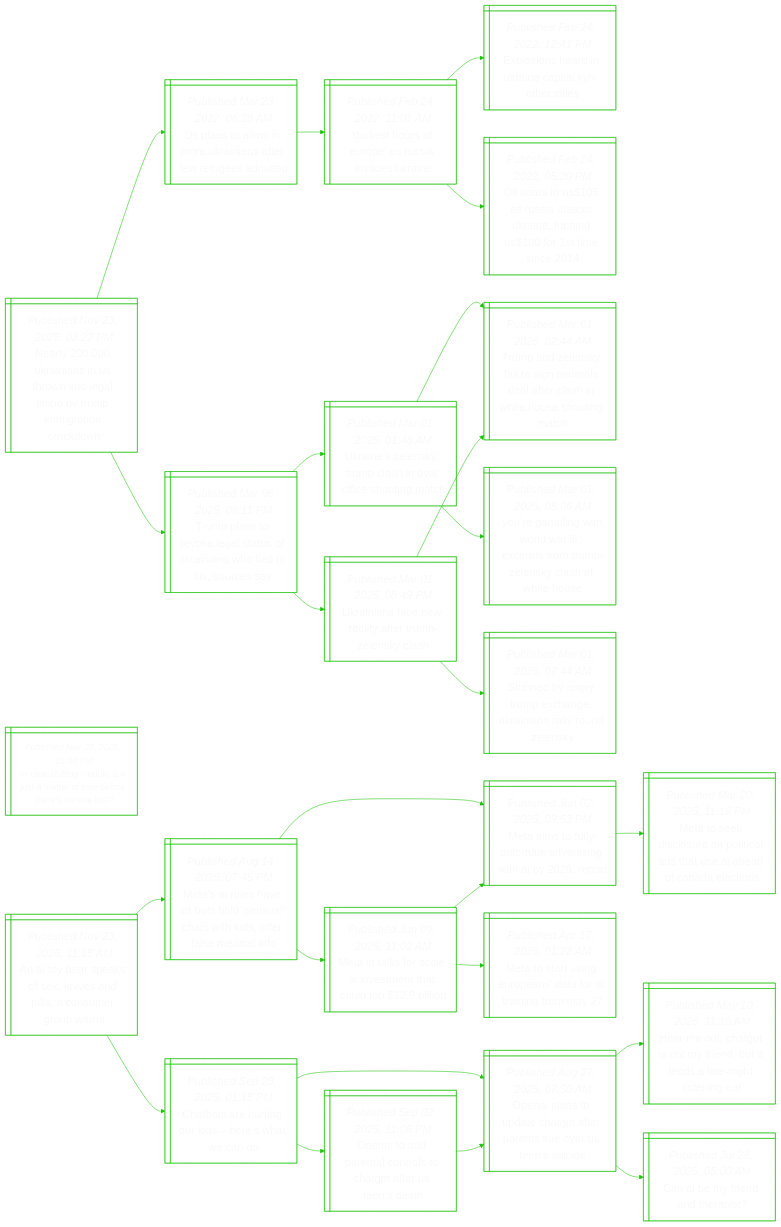
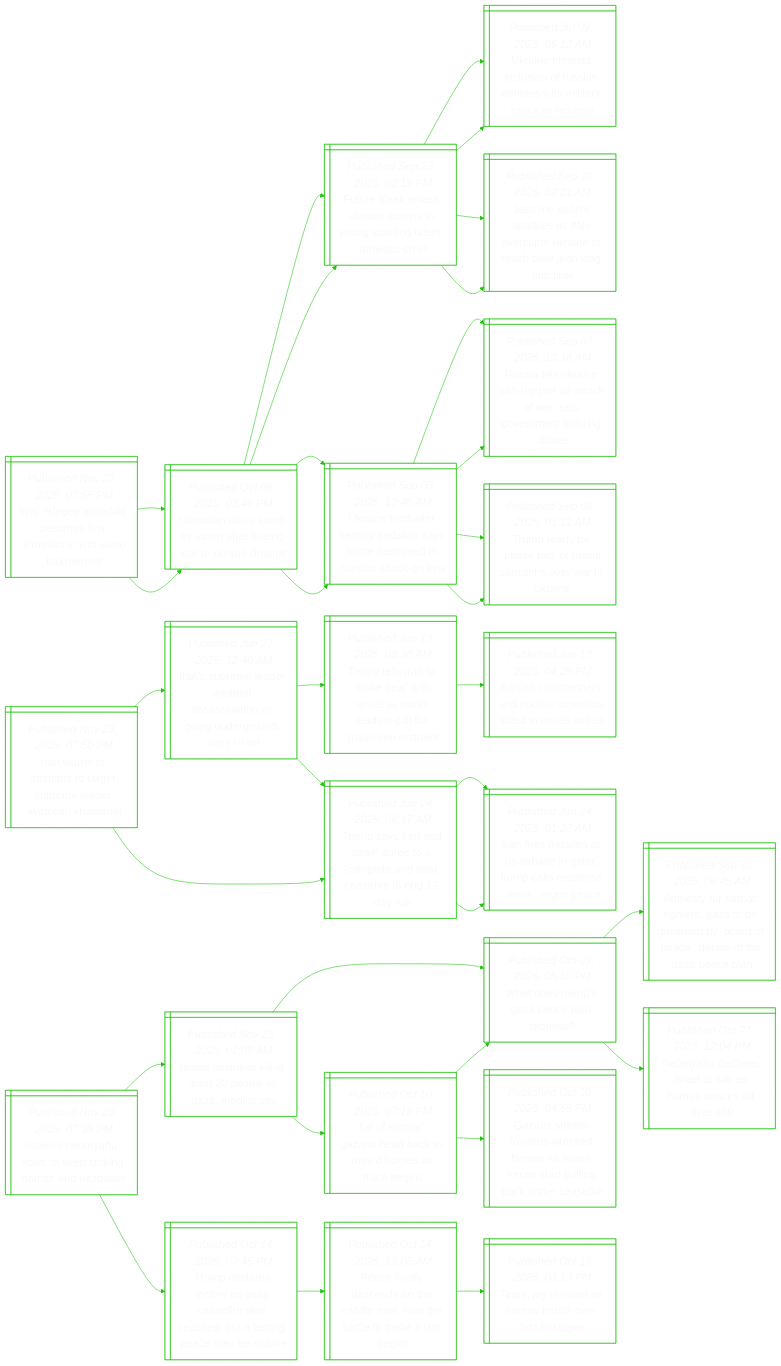
One commit to notJmes/notJmes changed the diagram in README.md. Above: the diagram before and after it, drawn with Mermaid. The commit also changed other lines of this file, not shown here.

````diff
--- a/README.md
+++ b/README.md
@@ -16,85 +16,109 @@
 flowchart LR
 classDef txtsize font-size:20px;
 
-Nyistnllbmiiaw@{ shape: win-pane, label: "_Published Nov 23, 2025, 02:22 PM_
-Nearly 200,000 ukrainians in us thrown into legal limbo by trump immigration crackdown" }
-UnlnUnaffst@{ shape: win-pane, label: "_Published Mar 23, 2022, 06:28 AM_
-Us plans to allow in more ukrainians after few refugees admitted" }
-DsruasvUn@{ shape: win-pane, label: "_Published Feb 24, 2022, 11:01 AM_
-'darkest hours of europe' as russia invades ukraine" }
-Eshiaalocs@{ shape: win-pane, label: "_Published Feb 24, 2022, 12:41 PM_
-Explosions heard in ukraine capital kyiv, other cities" }
-OaUuakaogrmc@{ shape: win-pane, label: "_Published Feb 24, 2022, 05:20 PM_
-Oil soars to us$105 as russia attacks ukraine, topping us$100 for 1st time since 2014" }
-TptogafislUra@{ shape: win-pane, label: "_Published Mar 06, 2025, 08:11 PM_
-Trump plans to revoke legal status of ukrainians who fled to us, sources say" }
-Unlyphaiogh@{ shape: win-pane, label: "_Published Mar 01, 2025, 01:48 AM_
-Ukraine’s zelensky, trump clash in oval office shouting match" }
-TalytnretaWHsit@{ shape: win-pane, label: "_Published Mar 01, 2025, 02:44 AM_
-Trump and zelensky fail to sign minerals deal after clash in white house shouting match" }
-YgitlIcsTZsaWH@{ shape: win-pane, label: "_Published Mar 01, 2025, 05:06 AM_
-‘you’re gambling with world war iii’: excerpts from trump-zelensky clash at white house" }
-Unfelfreks@{ shape: win-pane, label: "_Published Mar 01, 2025, 08:49 PM_
-Ukrainians face new reality after trump-zelensky clash" }
-TalytnretaWHsit@{ shape: win-pane, label: "_Published Mar 01, 2025, 02:44 AM_
-Trump and zelensky fail to sign minerals deal after clash in white house shouting match" }
-Senrxganlne@{ shape: win-pane, label: "_Published Mar 01, 2025, 07:44 AM_
-Stunned by angry trump exchange, ukrainians rally round zelensky" }
+WfAhestitsom@{ shape: win-pane, label: "_Published Nov 23, 2025, 07:55 PM_
+War refugee aonishiki becomes first ukrainian to win sumo tournament" }
+Unausafntse@{ shape: win-pane, label: "_Published Oct 09, 2025, 03:46 PM_
+Ukrainian takes sumo by storm after fleeing war to pursue dreams" }
+Feksansuognlsf@{ shape: win-pane, label: "_Published Sep 23, 2025, 02:19 PM_
+Future bleak unless ukraine invests in young sporting talent: athletics chief" }
+Untisfihsmanna@{ shape: win-pane, label: "_Published Jul 09, 2025, 06:12 AM_
+Ukraine protests inclusion of russian athletes with military ranks as neutrals" }
+JnlpetvmaohinCn@{ shape: win-pane, label: "_Published Sep 20, 2025, 02:21 AM_
+Jasmine paolini sparkles as italy overcome ukraine to reach billie jean king cup final" }
+UnteruvheyRaaK@{ shape: win-pane, label: "_Published Sep 08, 2025, 12:46 AM_
+Ukraine footballer heorhiy sudakov says home destroyed in russian attack on kyiv" }
+RaUnhercasrtdb@{ shape: win-pane, label: "_Published Sep 07, 2025, 10:16 AM_
+Russia hits ukraine with biggest air attack of war, sets government building ablaze" }
+Trfaosaoeia@{ shape: win-pane, label: "_Published Sep 08, 2025, 01:11 AM_
+Trump ready for ‘phase two’ of russia sanctions over war in ukraine" }
+Unausafntse@{ shape: win-pane, label: "_Published Oct 09, 2025, 03:46 PM_
+Ukrainian takes sumo by storm after fleeing war to pursue dreams" }
+Feksansuognlsf@{ shape: win-pane, label: "_Published Sep 23, 2025, 02:19 PM_
+Future bleak unless ukraine invests in young sporting talent: athletics chief" }
+Untisfihsmanna@{ shape: win-pane, label: "_Published Jul 09, 2025, 06:12 AM_
+Ukraine protests inclusion of russian athletes with military ranks as neutrals" }
+JnlpetvmaohinCn@{ shape: win-pane, label: "_Published Sep 20, 2025, 02:21 AM_
+Jasmine paolini sparkles as italy overcome ukraine to reach billie jean king cup final" }
+UnteruvheyRaaK@{ shape: win-pane, label: "_Published Sep 08, 2025, 12:46 AM_
+Ukraine footballer heorhiy sudakov says home destroyed in russian attack on kyiv" }
+RaUnhercasrtdb@{ shape: win-pane, label: "_Published Sep 07, 2025, 10:16 AM_
+Russia hits ukraine with biggest air attack of war, sets government building ablaze" }
+Trfaosaoeia@{ shape: win-pane, label: "_Published Sep 08, 2025, 01:11 AM_
+Trump ready for ‘phase two’ of russia sanctions over war in ukraine" }
 
-Nyistnllbmiiaw:::txtsize --> UnlnUnaffst:::txtsize
-UnlnUnaffst:::txtsize --> DsruasvUn:::txtsize
-DsruasvUn:::txtsize --> Eshiaalocs:::txtsize
-DsruasvUn:::txtsize --> OaUuakaogrmc:::txtsize
-Nyistnllbmiiaw:::txtsize --> TptogafislUra:::txtsize
-TptogafislUra:::txtsize --> Unlyphaiogh:::txtsize
-Unlyphaiogh:::txtsize --> TalytnretaWHsit:::txtsize
-Unlyphaiogh:::txtsize --> YgitlIcsTZsaWH:::txtsize
-TptogafislUra:::txtsize --> Unfelfreks:::txtsize
-Unfelfreks:::txtsize --> TalytnretaWHsit:::txtsize
-Unfelfreks:::txtsize --> Senrxganlne:::txtsize
+WfAhestitsom:::txtsize --> Unausafntse:::txtsize
+Unausafntse:::txtsize --> Feksansuognlsf:::txtsize
+Feksansuognlsf:::txtsize --> Untisfihsmanna:::txtsize
+Feksansuognlsf:::txtsize --> JnlpetvmaohinCn:::txtsize
+Unausafntse:::txtsize --> UnteruvheyRaaK:::txtsize
+UnteruvheyRaaK:::txtsize --> RaUnhercasrtdb:::txtsize
+UnteruvheyRaaK:::txtsize --> Trfaosaoeia:::txtsize
+WfAhestitsom:::txtsize --> Unausafntse:::txtsize
+Unausafntse:::txtsize --> Feksansuognlsf:::txtsize
+Feksansuognlsf:::txtsize --> Untisfihsmanna:::txtsize
+Feksansuognlsf:::txtsize --> JnlpetvmaohinCn:::txtsize
+Unausafntse:::txtsize --> UnteruvheyRaaK:::txtsize
+UnteruvheyRaaK:::txtsize --> RaUnhercasrtdb:::txtsize
+UnteruvheyRaaK:::txtsize --> Trfaosaoeia:::txtsize
 
-Ietoiuaoerrlo@{ shape: win-pane, label: "_Published Nov 23, 2025, 01:30 PM_
-In race-shifting london, is it just a matter of time before there’s no love lost?" }
+IafmoereAlhe@{ shape: win-pane, label: "_Published Nov 23, 2025, 07:50 PM_
+Iran warns of attempts to target supreme leader ayatollah khamenei" }
+ISmdoasigugdIl@{ shape: win-pane, label: "_Published Jun 27, 2025, 12:40 AM_
+Iran’s supreme leader avoided assassination by going underground, says israel" }
+TtIodirsdelmutt@{ shape: win-pane, label: "_Published Jun 13, 2025, 08:20 AM_
+Trump tells iran to ‘make deal’ with israel as world leaders call for ‘maximum restraint’" }
+IamrnaetlIli@{ shape: win-pane, label: "_Published Jun 13, 2025, 04:29 PM_
+Iranian commanders and nuclear scientists killed in israeli strikes" }
+Tsrdeecedletdr@{ shape: win-pane, label: "_Published Jun 24, 2025, 06:17 AM_
+Trump says iran and israel agree to a ‘complete and total’ ceasefire to end 12-day war" }
+IiieSaQTcrnaec@{ shape: win-pane, label: "_Published Jun 24, 2025, 01:23 AM_
+Iran fires missiles at us airbase in qatar, trump calls response ‘weak’, urges peace" }
+Tsrdeecedletdr@{ shape: win-pane, label: "_Published Jun 24, 2025, 06:17 AM_
+Trump says iran and israel agree to a ‘complete and total’ ceasefire to end 12-day war" }
+IiieSaQTcrnaec@{ shape: win-pane, label: "_Published Jun 24, 2025, 01:23 AM_
+Iran fires missiles at us airbase in qatar, trump calls response ‘weak’, urges peace" }
 
+IafmoereAlhe:::txtsize --> ISmdoasigugdIl:::txtsize
+ISmdoasigugdIl:::txtsize --> TtIodirsdelmutt:::txtsize
+TtIodirsdelmutt:::txtsize --> IamrnaetlIli:::txtsize
+ISmdoasigugdIl:::txtsize --> Tsrdeecedletdr:::txtsize
+Tsrdeecedletdr:::txtsize --> IiieSaQTcrnaec:::txtsize
+IafmoereAlhe:::txtsize --> Tsrdeecedletdr:::txtsize
+Tsrdeecedletdr:::txtsize --> IiieSaQTcrnaec:::txtsize
 
-Aorkevdssgw@{ shape: win-pane, label: "_Published Nov 23, 2025, 11:15 AM_
-An ai toy bear speaks of sex, knives and pills, a consumer group warns" }
-MAeeolshidesin@{ shape: win-pane, label: "_Published Aug 14, 2025, 07:45 PM_
-Meta’s ai rules have let bots hold ‘sensual’ chats with kids, offer false medical info" }
-Mifaavsibo@{ shape: win-pane, label: "_Published Jun 02, 2025, 09:53 PM_
-Meta aims to fully automate advertising with ai by 2026: report" }
-ModooilheeCat@{ shape: win-pane, label: "_Published Mar 20, 2025, 11:16 PM_
-Meta to seek disclosure on political ads that use ai ahead of canada elections" }
-MnscIstctl@{ shape: win-pane, label: "_Published Jun 09, 2025, 11:02 AM_
-Meta in talks for scale ai investment that could top $12.9 billion" }
-Mifaavsibo@{ shape: win-pane, label: "_Published Jun 02, 2025, 09:53 PM_
-Meta aims to fully automate advertising with ai by 2026: report" }
-Motgpdornm@{ shape: win-pane, label: "_Published Apr 17, 2025, 01:22 AM_
-Meta to start using europeans’ data for ai training from may 27" }
-Coeirhweo@{ shape: win-pane, label: "_Published Sep 28, 2025, 01:15 PM_
-Chatbots are hurting our kids – here’s what we can do" }
-OIsdhTrneUnc@{ shape: win-pane, label: "_Published Aug 27, 2025, 07:50 AM_
-Openai plans to update chatgpt after parents sue over us teen’s suicide" }
-HehTtiueliiir@{ shape: win-pane, label: "_Published May 10, 2025, 11:15 AM_
-Hear me out: chatgpt is not my friend, but it lends a late-night listening ear" }
-Cbraes@{ shape: win-pane, label: "_Published Jul 28, 2025, 05:00 AM_
-Can ai be my friend and therapist?" }
-OIdnolhTrea@{ shape: win-pane, label: "_Published Sep 02, 2025, 11:06 PM_
-Openai to add parental controls to chatgpt after us teen’s death" }
-OIsdhTrneUnc@{ shape: win-pane, label: "_Published Aug 27, 2025, 07:50 AM_
-Openai plans to update chatgpt after parents sue over us teen’s suicide" }
+Ilautpkanbh@{ shape: win-pane, label: "_Published Nov 23, 2025, 07:39 PM_
+Israel’s netanyahu vows to keep striking hamas and hezbollah" }
+Ilselaonms@{ shape: win-pane, label: "_Published Nov 23, 2025, 01:09 AM_
+Israeli airstrikes kill at least 20 people in gaza, medics say" }
+Wouaaam@{ shape: win-pane, label: "_Published Oct 09, 2025, 05:50 PM_
+What does trump’s gaza peace plan promise?" }
+AtHfezerydatoGel@{ shape: win-pane, label: "_Published Sep 30, 2025, 06:45 AM_
+Amnesty for hamas fighters, gaza to be governed by ‘board of peace’: details of the gaza peace plan" }
+NyeeawHakl@{ shape: win-pane, label: "_Published Oct 07, 2023, 12:04 PM_
+Netanyahu declares israel at war as hamas attacks kill over 100" }
+Ffoaakiosen@{ shape: win-pane, label: "_Published Oct 10, 2025, 07:18 PM_
+‘full of sorrow’: gazans head back to ruined homes as truce begins" }
+Gsaardsrfsticese@{ shape: win-pane, label: "_Published Oct 10, 2025, 04:58 PM_
+Gazans stream towards wrecked homes as israeli forces start pulling back under ceasefire" }
+Wouaaam@{ shape: win-pane, label: "_Published Oct 09, 2025, 05:50 PM_
+What does trump’s gaza peace plan promise?" }
+Tdrcaaededlncbs@{ shape: win-pane, label: "_Published Oct 14, 2025, 07:45 PM_
+Trump declares victory as gaza ceasefire deal reached, but a lasting peace may be elusive" }
+PflcoMeNelale@{ shape: win-pane, label: "_Published Oct 14, 2025, 12:05 AM_
+Peace finally descends on the middle east: now the battle to make it last begins" }
+TjIlmnest@{ shape: win-pane, label: "_Published Oct 13, 2025, 03:10 PM_
+Tears, joy in israel as hamas hands over first hostages" }
 
-Aorkevdssgw:::txtsize --> MAeeolshidesin:::txtsize
-MAeeolshidesin:::txtsize --> Mifaavsibo:::txtsize
-Mifaavsibo:::txtsize --> ModooilheeCat:::txtsize
-MAeeolshidesin:::txtsize --> MnscIstctl:::txtsize
-MnscIstctl:::txtsize --> Mifaavsibo:::txtsize
-MnscIstctl:::txtsize --> Motgpdornm:::txtsize
-Aorkevdssgw:::txtsize --> Coeirhweo:::txtsize
-Coeirhweo:::txtsize --> OIsdhTrneUnc:::txtsize
-OIsdhTrneUnc:::txtsize --> HehTtiueliiir:::txtsize
-OIsdhTrneUnc:::txtsize --> Cbraes:::txtsize
-Coeirhweo:::txtsize --> OIdnolhTrea:::txtsize
-OIdnolhTrea:::txtsize --> OIsdhTrneUnc:::txtsize
+Ilautpkanbh:::txtsize --> Ilselaonms:::txtsize
+Ilselaonms:::txtsize --> Wouaaam:::txtsize
+Wouaaam:::txtsize --> AtHfezerydatoGel:::txtsize
+Wouaaam:::txtsize --> NyeeawHakl:::txtsize
+Ilselaonms:::txtsize --> Ffoaakiosen:::txtsize
+Ffoaakiosen:::txtsize --> Gsaardsrfsticese:::txtsize
+Ffoaakiosen:::txtsize --> Wouaaam:::txtsize
+Ilautpkanbh:::txtsize --> Tdrcaaededlncbs:::txtsize
+Tdrcaaededlncbs:::txtsize --> PflcoMeNelale:::txtsize
+PflcoMeNelale:::txtsize --> TjIlmnest:::txtsize
 
 ```
````
